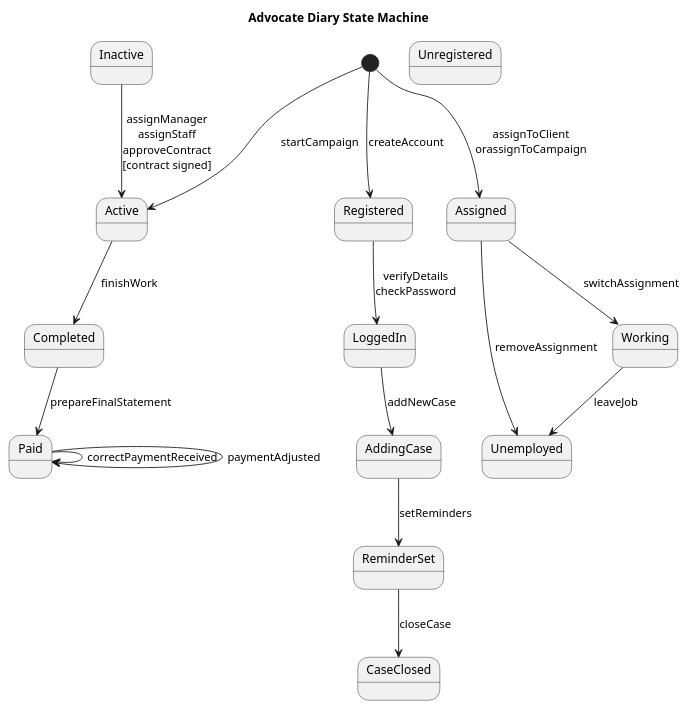
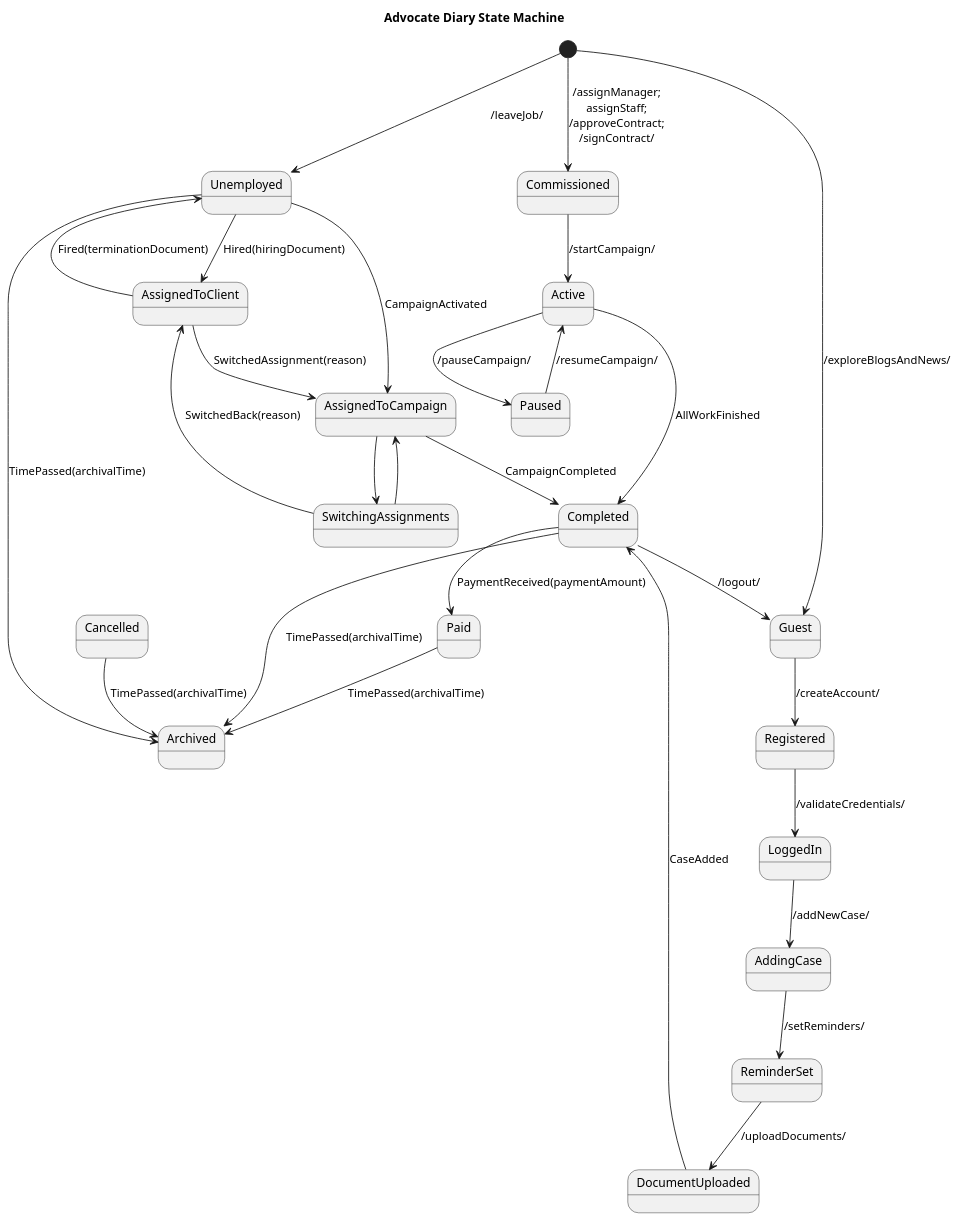
Before and after one commit to maimunafaria/State_transition_Diagram_generated_by_LLM: the diagram in results/plantuml_pipeline_run2/runs/open_source__mistral__rag/case_80_staff_member_class/run_01.initial.puml, drawn with PlantUML. The commit also changed 155 other files, not shown here.

```diff
--- a/results/plantuml_pipeline_run2/runs/open_source__mistral__rag/case_80_staff_member_class/run_01.initial.puml
+++ b/results/plantuml_pipeline_run2/runs/open_source__mistral__rag/case_80_staff_member_class/run_01.initial.puml
@@ -1,54 +1,63 @@
 @startuml
 title Staff Member State Machine
 
 state Unemployed
-state Assigned
-state Working
+state AssignedToClient
+state AssignedToCampaign
+state SwitchingAssignments
 
-[*] --> Assigned : assignToClient\norassignToCampaign
+[*] --> Unemployed : /leaveJob/
 
-Assigned --> Working : switchAssignment
+Unemployed --> AssignedToClient : Hired(hiringDocument)
+Unemployed --> AssignedToCampaign : CampaignActivated
 
-Working --> Unemployed : leaveJob
+AssignedToClient --> AssignedToCampaign : SwitchedAssignment(reason)
+AssignedToCampaign --> SwitchingAssignments
+SwitchingAssignments --> AssignedToClient : SwitchedBack(reason)
+SwitchingAssignments --> AssignedToCampaign
 
-Assigned --> Unemployed : removeAssignment
+AssignedToClient --> Unemployed : Fired(terminationDocument)
+AssignedToCampaign --> Completed : CampaignCompleted
+
+Completed --> Archived : TimePassed(archivalTime)
+Unemployed --> Archived : TimePassed(archivalTime)
 
 
 title Campaign State Machine
 
-state Inactive
+state Commissioned
 state Active
+state Paused
 state Completed
 state Paid
+state Cancelled
 
-[*] --> Active : startCampaign
+[*] --> Commissioned : /assignManager;\nassignStaff;\n/approveContract;\n/signContract/
 
-Active --> Completed : finishWork
+Commissioned --> Active : /startCampaign/
+Active --> Paused : /pauseCampaign/
+Paused --> Active : /resumeCampaign/
+Active --> Completed : AllWorkFinished
+Completed --> Paid : PaymentReceived(paymentAmount)
+Paid --> Archived : TimePassed(archivalTime)
+Cancelled --> Archived : TimePassed(archivalTime)
 
-Completed --> Paid : prepareFinalStatement
-
-Paid --> Paid : correctPaymentReceived
-
-Paid --> Paid : paymentAdjusted
-
-Inactive --> Active : assignManager\nassignStaff\napproveContract\n[contract signed]
 
 title Advocate Diary State Machine
 
-state Unregistered
+state Guest
 state Registered
 state LoggedIn
 state AddingCase
 state ReminderSet
-state CaseClosed
+state DocumentUploaded
 
-[*] --> Registered : createAccount
-
-Registered --> LoggedIn : verifyDetails\ncheckPassword
-
-LoggedIn --> AddingCase : addNewCase
-
-AddingCase --> ReminderSet : setReminders
-
-ReminderSet --> CaseClosed : closeCase
+[*] --> Guest : /exploreBlogsAndNews/
+Guest --> Registered : /createAccount/
+Registered --> LoggedIn : /validateCredentials/
+LoggedIn --> AddingCase : /addNewCase/
+AddingCase --> ReminderSet : /setReminders/
+ReminderSet --> DocumentUploaded : /uploadDocuments/
+DocumentUploaded --> Completed : CaseAdded
+Completed --> Guest : /logout/
 @enduml
```
